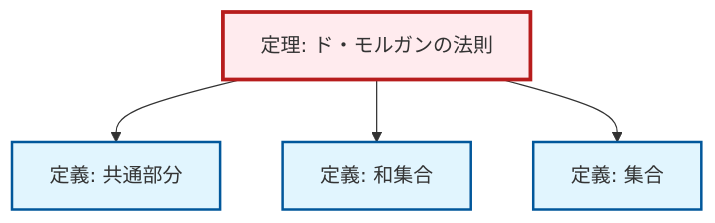
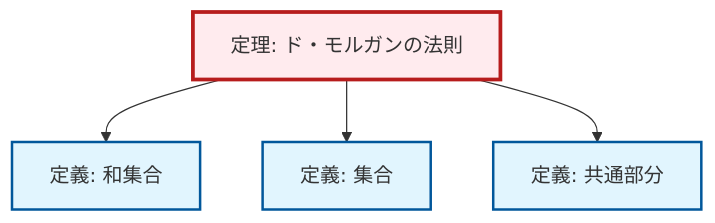
Before and after one commit to RK0429/ModernMath: the diagram in content/ja/logic-set-theory/thm-de-morgan.qmd, drawn with Mermaid. The commit also changed other lines of this file and 328 other files, not shown here.

````diff
--- a/content/ja/logic-set-theory/thm-de-morgan.qmd
+++ b/content/ja/logic-set-theory/thm-de-morgan.qmd
@@ -79,20 +79,20 @@
 ```{mermaid}
 %%| fig-cap: "ローカル依存関係グラフ"
 graph TD
     classDef definition fill:#e1f5fe,stroke:#01579b,stroke-width:2px
     classDef theorem fill:#f3e5f5,stroke:#4a148c,stroke-width:2px
     classDef axiom fill:#fff3e0,stroke:#e65100,stroke-width:2px
     classDef example fill:#e8f5e9,stroke:#1b5e20,stroke-width:2px
     classDef current fill:#ffebee,stroke:#b71c1c,stroke-width:3px
     def-set["定義: 集合"]:::definition
+    thm-de-morgan["定理: ド・モルガンの法則"]:::theorem
     def-intersection["定義: 共通部分"]:::definition
     def-union["定義: 和集合"]:::definition
-    thm-de-morgan["定理: ド・モルガンの法則"]:::theorem
-    thm-de-morgan --> def-intersection
     thm-de-morgan --> def-union
     thm-de-morgan --> def-set
+    thm-de-morgan --> def-intersection
     class thm-de-morgan current
     click def-set "def-set.html" "集合の定義へ"
     click def-intersection "def-intersection.html" "共通部分の定義へ"
     click def-union "def-union.html" "和集合の定義へ"
 ```
````
